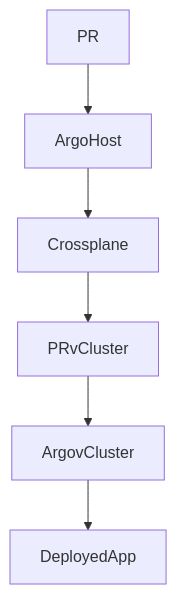
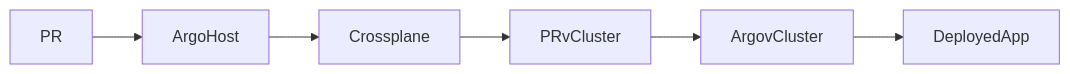
The diagram in vcluster-gitops/crossplane/vcluster-pull-request-environment/README.md (loft-demos/vcluster-platform-demo-app-template), drawn with Mermaid before and after one commit.

````diff
--- a/vcluster-gitops/crossplane/vcluster-pull-request-environment/README.md
+++ b/vcluster-gitops/crossplane/vcluster-pull-request-environment/README.md
@@ -38,8 +38,8 @@
 ```mermaid
-graph TD;
+flowchart LR
     PR-->ArgoHost;
     ArgoHost-->Crossplane;
     Crossplane-->PRvCluster;
     PRvCluster-->ArgovCluster;
     ArgovCluster-->DeployedApp;
 ```
````
